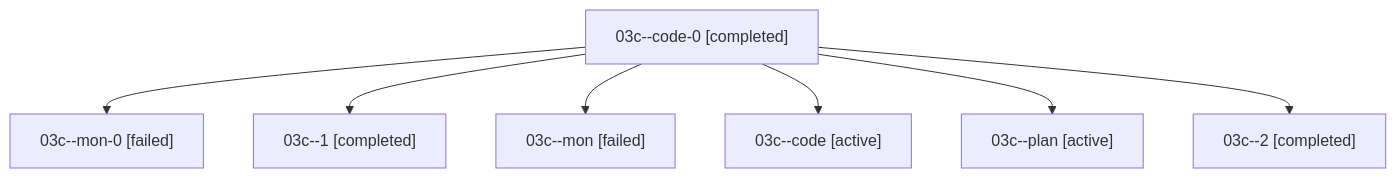
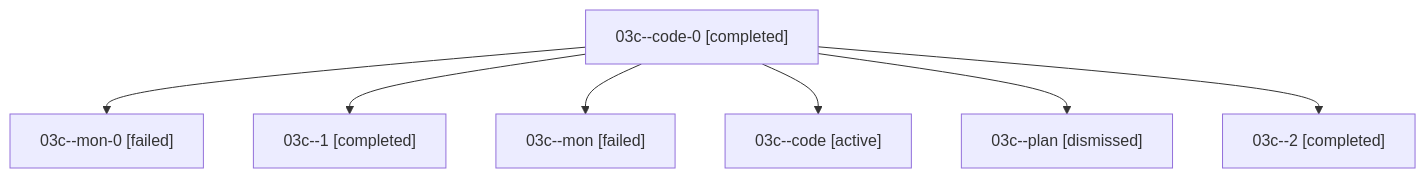
The diagram in sessions/bbugyi200.athena.03c.md (sase-org/sase--agents), drawn with Mermaid before and after one commit. The commit also changed other lines of this file and 34 other files, not shown here.

````diff
--- a/sessions/bbugyi200.athena.03c.md
+++ b/sessions/bbugyi200.athena.03c.md
@@ -9,16 +9,16 @@
 ```mermaid
 flowchart TD
   n0["03c--code-0 [completed]"]
   n1["03c--mon-0 [failed]"]
   n0 --> n1
   n2["03c--1 [completed]"]
   n0 --> n2
   n3["03c--mon [failed]"]
   n0 --> n3
   n4["03c--code [active]"]
   n0 --> n4
-  n5["03c--plan [active]"]
+  n5["03c--plan [dismissed]"]
   n0 --> n5
   n6["03c--2 [completed]"]
   n0 --> n6
 ```
````
